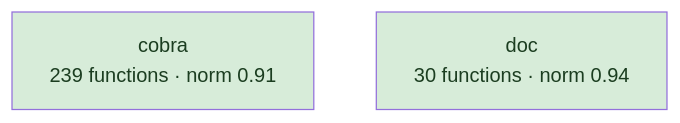
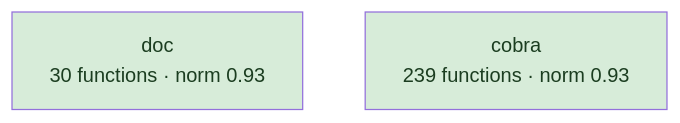
The second of 7 diagrams in examples/cobra.md (LukasSelin/doppel), drawn with Mermaid before and after one commit. The commit also changed other lines of this file and 15 other files, not shown here.

````diff
--- a/examples/cobra.md
+++ b/examples/cobra.md
@@ -166,9 +166,9 @@
 ```mermaid
 flowchart TD
-    h0["cobra<br/>239 functions · norm 0.91"]
-    h1["doc<br/>30 functions · norm 0.94"]
+    h0["doc<br/>30 functions · norm 0.93"]
+    h1["cobra<br/>239 functions · norm 0.93"]
     classDef good fill:#d7ecd9,color:#1b3d20
     classDef warn fill:#fbeecb,color:#4a3a12
     classDef hot fill:#f7d6d6,color:#4a1c1c
     class h0,h1 good
 ```
````
